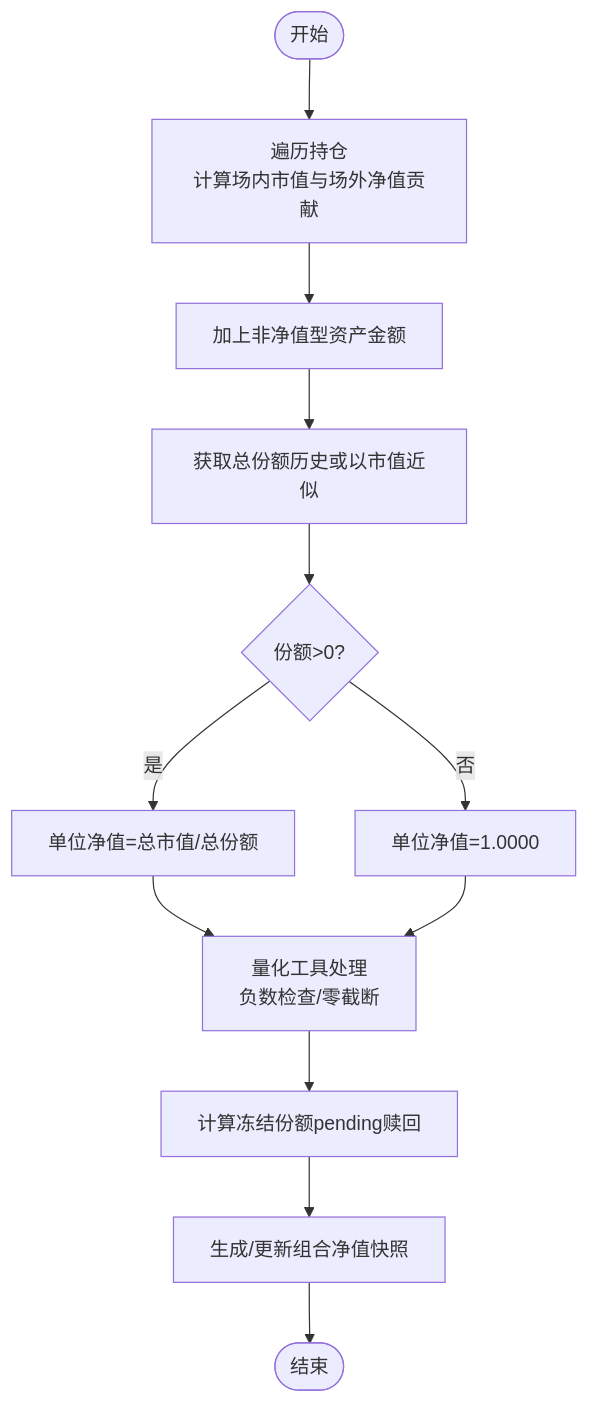
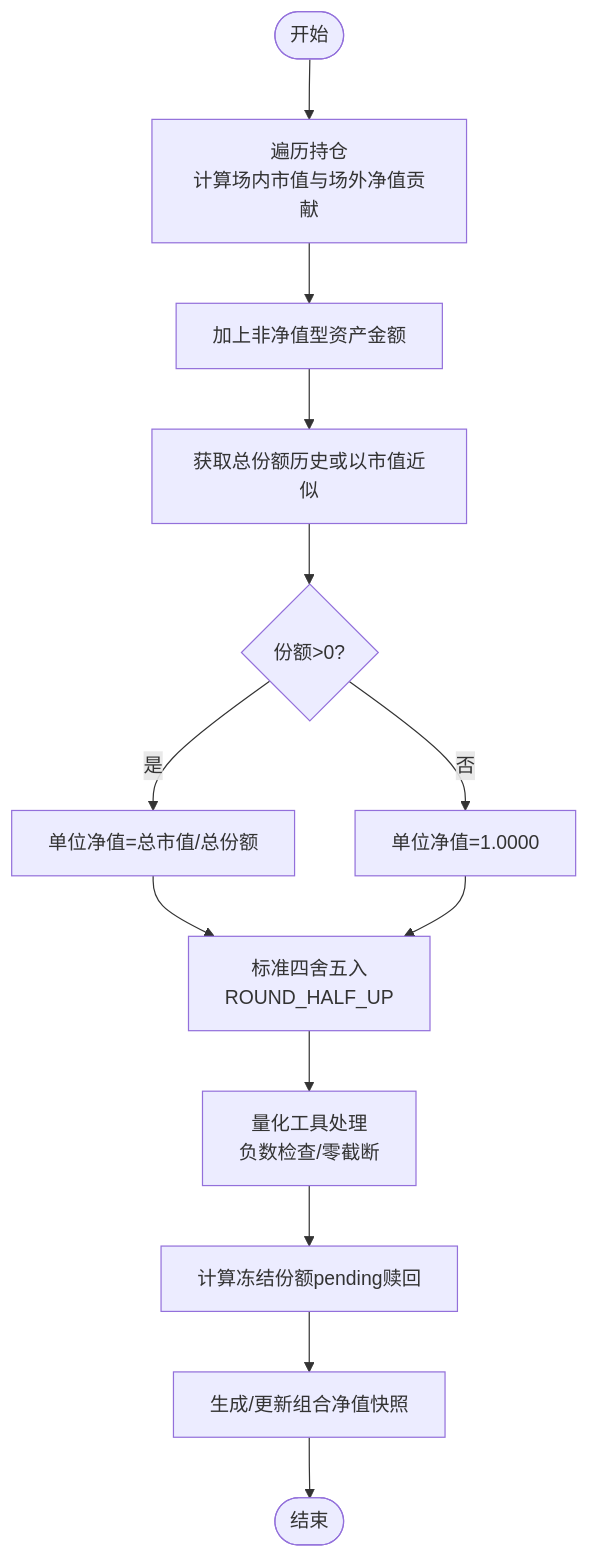
One commit to gujialind/InvestRing changed the third of 9 diagrams in .qoder/repowiki/zh/content/数据库设计/核心计算公式.md. Above: the diagram before and after it, drawn with Mermaid. The commit also changed other lines of this file and 32 other files, not shown here.

````diff
--- a/.qoder/repowiki/zh/content/数据库设计/核心计算公式.md
+++ b/.qoder/repowiki/zh/content/数据库设计/核心计算公式.md
@@ -192,14 +196,15 @@
 ```mermaid
 flowchart TD
 Start(["开始"]) --> SumPos["遍历持仓<br/>计算场内市值与场外净值贡献"]
 SumPos --> CashAmt["加上非净值型资产金额"]
 CashAmt --> Shares["获取总份额历史或以市值近似"]
 Shares --> UnitPrice{"份额>0?"}
 UnitPrice --> |是| CalcUnit["单位净值=总市值/总份额"]
 UnitPrice --> |否| DefaultUnit["单位净值=1.0000"]
-CalcUnit --> QuantCheck["量化工具处理<br/>负数检查/零截断"]
-DefaultUnit --> QuantCheck
+CalcUnit --> RoundUp["标准四舍五入<br/>ROUND_HALF_UP"]
+DefaultUnit --> RoundUp
+RoundUp --> QuantCheck["量化工具处理<br/>负数检查/零截断"]
 QuantCheck --> Freeze["计算冻结份额pending赎回"]
 Freeze --> Snapshot["生成/更新组合净值快照"]
 Snapshot --> End(["结束"])
 ```
````
